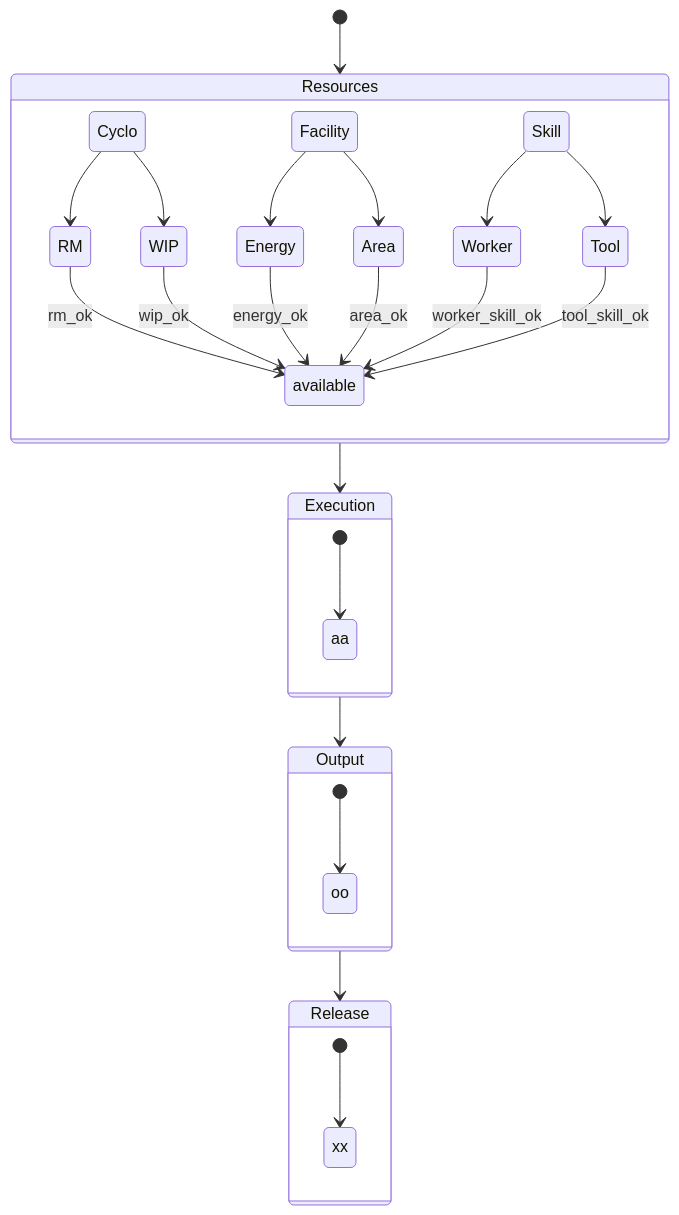
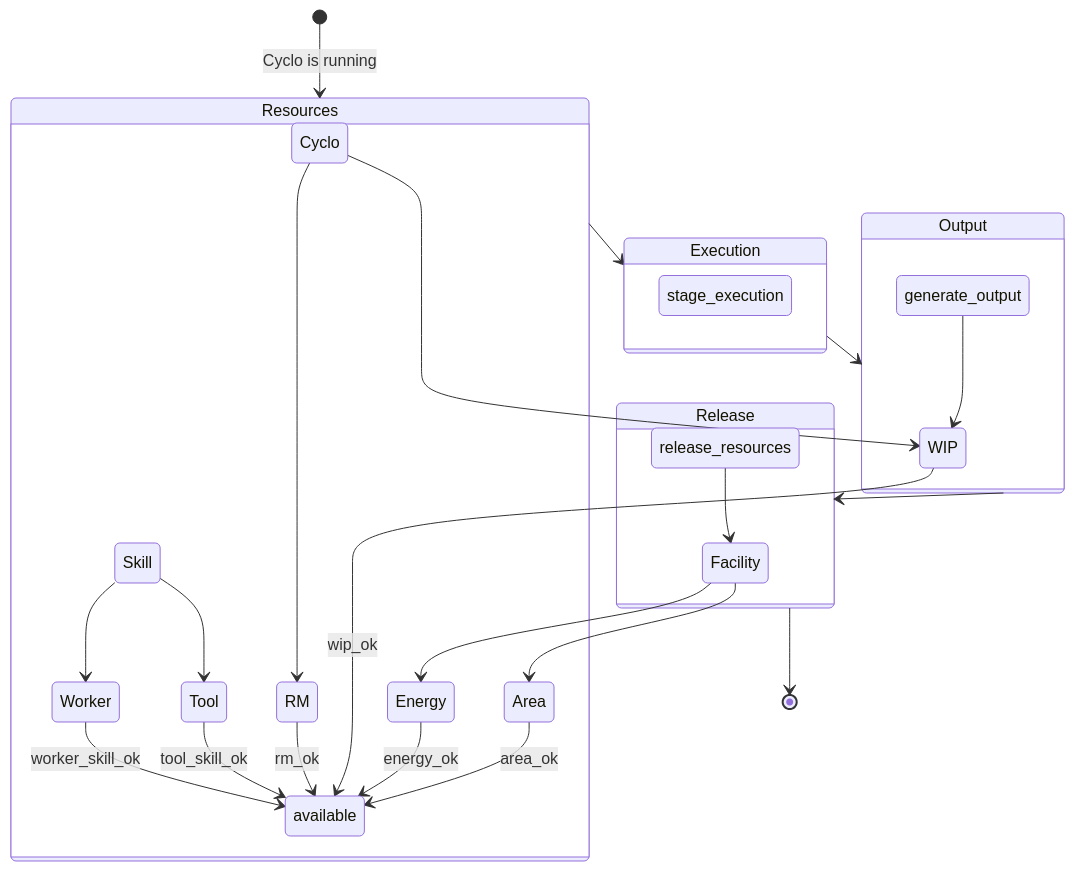
The second of 4 diagrams in docs/content/posts/times-of-gain.md (bampli/doc), drawn with Mermaid before and after one commit.

Commit message:
add state diagram for stage

```diff
--- a/docs/content/posts/times-of-gain.md
+++ b/docs/content/posts/times-of-gain.md
@@ -47,31 +47,33 @@
 {{< mermaid >}}
 stateDiagram
-    [*] --> Resources
+    [*] --> Resources : Cyclo is running
     Resources --> Execution
     Execution --> Output
     Output --> Release
+    Release --> [*]
     state Resources {
         Cyclo --> RM
         Cyclo --> WIP
         RM --> available : rm_ok
         WIP --> available : wip_ok
         Facility --> Energy
         Facility --> Area
         Energy --> available : energy_ok
         Area --> available : area_ok
         Skill --> Worker
         Skill --> Tool
         Worker --> available : worker_skill_ok
         Tool --> available : tool_skill_ok
     }
     state Execution {
-        [*] --> aa
+        stage_execution
     }
     state Output {
-        [*] --> oo
+        generate_output --> WIP
     }
     state Release {
-        [*] --> xx
+        release_resources --> Facility
     }
 
+
 {{< /mermaid >}}
```
